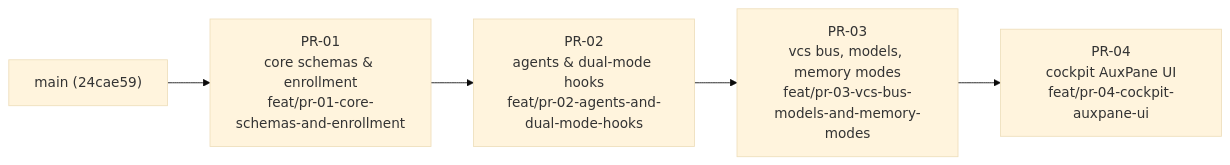
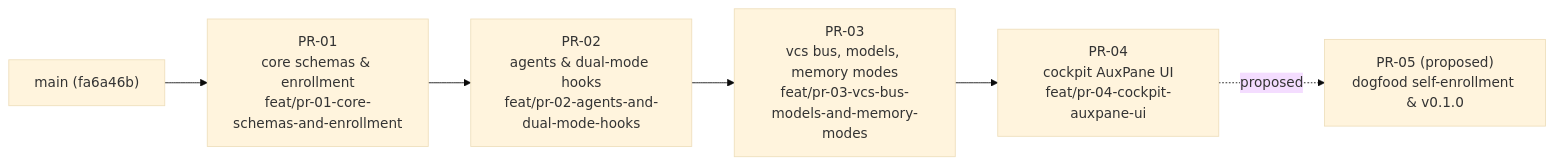
Before and after one commit to cblabs-org/principal-architect-plugin: the diagram in .agents/skills/principal-architect-workspace/programme-principal-architect-plugin/PROGRAM-PLAN.md, drawn with Mermaid (base theme). The commit also changed other lines of this file and 2 other files, not shown here.

First line of the commit message:
docs(programme): author full PROGRAM.md and expand PROGRAM-PLAN.md to the Chief Architect profile

````diff
--- a/.agents/skills/principal-architect-workspace/programme-principal-architect-plugin/PROGRAM-PLAN.md
+++ b/.agents/skills/principal-architect-workspace/programme-principal-architect-plugin/PROGRAM-PLAN.md
@@ -7,7 +7,8 @@
 ```mermaid
 flowchart LR
-    main["main (24cae59)"] --> PR01["PR-01<br/>core schemas & enrollment<br/>feat/pr-01-core-schemas-and-enrollment"]
+    main["main (fa6a46b)"] --> PR01["PR-01<br/>core schemas & enrollment<br/>feat/pr-01-core-schemas-and-enrollment"]
     PR01 --> PR02["PR-02<br/>agents & dual-mode hooks<br/>feat/pr-02-agents-and-dual-mode-hooks"]
     PR02 --> PR03["PR-03<br/>vcs bus, models, memory modes<br/>feat/pr-03-vcs-bus-models-and-memory-modes"]
     PR03 --> PR04["PR-04<br/>cockpit AuxPane UI<br/>feat/pr-04-cockpit-auxpane-ui"]
+    PR04 -.proposed.-> PR05["PR-05 (proposed)<br/>dogfood self-enrollment & v0.1.0"]
 ```
````
